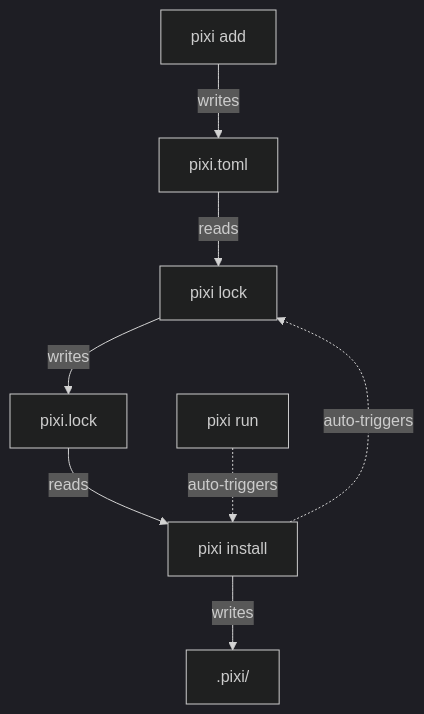
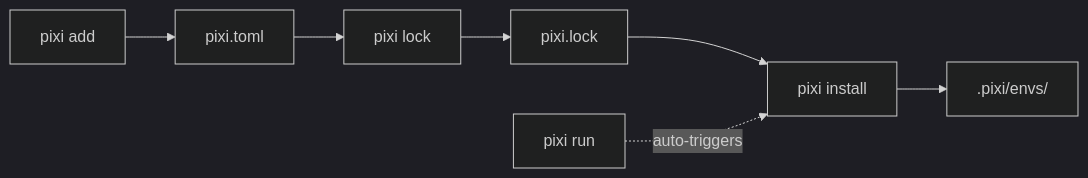
Before and after one commit to prefix-dev/pixi: the diagram in docs/getting_started.md, drawn with Mermaid (dark theme). The commit also changed other lines of this file, not shown here.

````diff
--- a/docs/getting_started.md
+++ b/docs/getting_started.md
@@ -28,10 +49,9 @@
 ```mermaid
-flowchart TB
-    add[pixi add] -->|writes| toml[pixi.toml]
-    toml -->|reads| lock[pixi lock]
-    lock -->|writes| lockfile[pixi.lock]
-    lockfile -->|reads| install[pixi install]
-    install -->|writes| env[.pixi/]
-    run[pixi run] -.->|auto-triggers| install
-    install -.->|auto-triggers| lock
+flowchart LR
+    add[pixi add] --> toml[pixi.toml]
+    toml --> lock[pixi lock]
+    lock --> lockfile[pixi.lock]
+    lockfile --> install[pixi install]
+    install --> env[.pixi/envs/]
+    run[pixi run] -. auto-triggers .-> install
 ```
````
